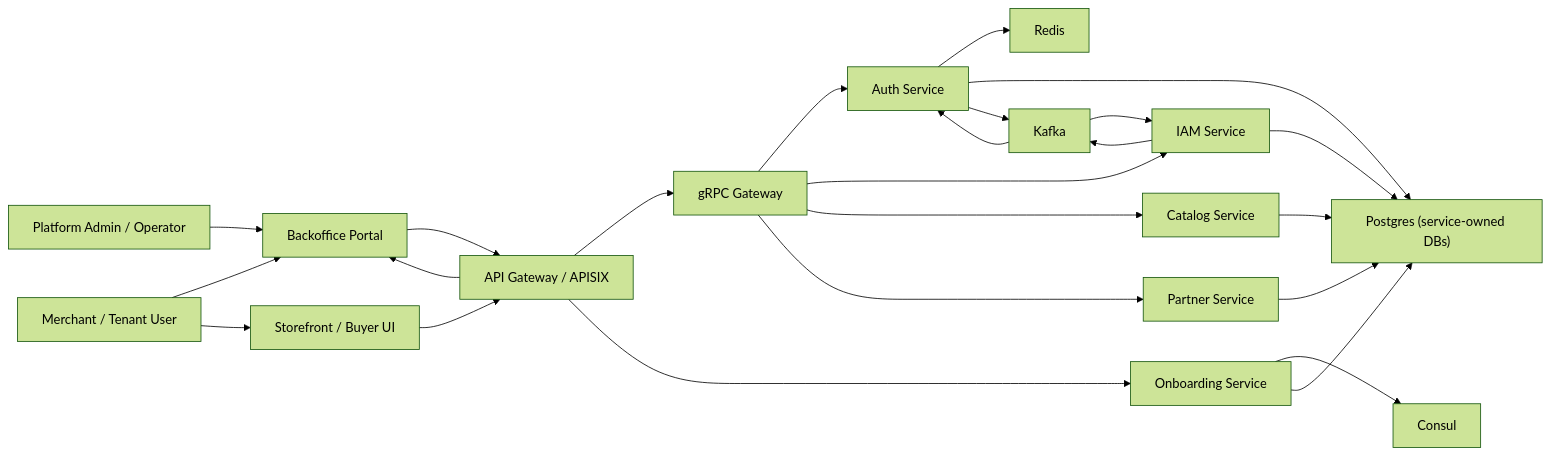
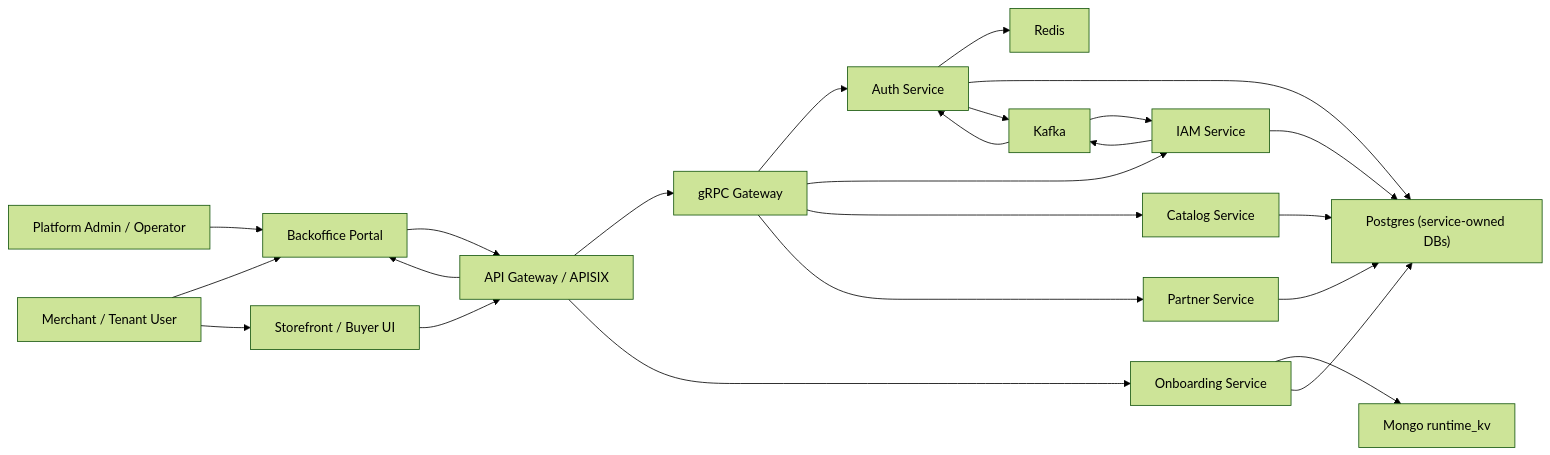
The diagram in docs/architecture/system-context.md (tuannm99/podzone), drawn with Mermaid (forest theme) before and after one commit. The commit also changed 72 other files, not shown here.

````diff
--- a/docs/architecture/system-context.md
+++ b/docs/architecture/system-context.md
@@ -3,49 +3,49 @@
 ```mermaid
 flowchart LR
     Admin["Platform Admin / Operator"]
     Merchant["Merchant / Tenant User"]
     SellerPortal["Backoffice Portal"]
     Storefront["Storefront / Buyer UI"]
     AuthSvc["Auth Service"]
     IAMSvc["IAM Service"]
     CatalogSvc["Catalog Service"]
     PartnerSvc["Partner Service"]
     GatewaySvc["gRPC Gateway"]
     OnboardingSvc["Onboarding Service"]
     ApiGateway["API Gateway / APISIX"]
     Kafka["Kafka"]
     Postgres["Postgres (service-owned DBs)"]
     Redis["Redis"]
-    Consul["Consul"]
+    RuntimeKV["Mongo runtime_kv"]
 
     Admin --> SellerPortal
     Merchant --> SellerPortal
     Merchant --> Storefront
 
     SellerPortal --> ApiGateway
     Storefront --> ApiGateway
 
     ApiGateway --> GatewaySvc
     ApiGateway --> OnboardingSvc
     ApiGateway --> SellerPortal
 
     GatewaySvc --> AuthSvc
     GatewaySvc --> IAMSvc
     GatewaySvc --> CatalogSvc
     GatewaySvc --> PartnerSvc
 
     AuthSvc --> Redis
     AuthSvc --> Postgres
     AuthSvc --> Kafka
 
     IAMSvc --> Postgres
     IAMSvc --> Kafka
 
     CatalogSvc --> Postgres
     PartnerSvc --> Postgres
-    OnboardingSvc --> Consul
+    OnboardingSvc --> RuntimeKV
     OnboardingSvc --> Postgres
 
     Kafka --> AuthSvc
     Kafka --> IAMSvc
 ```
````
